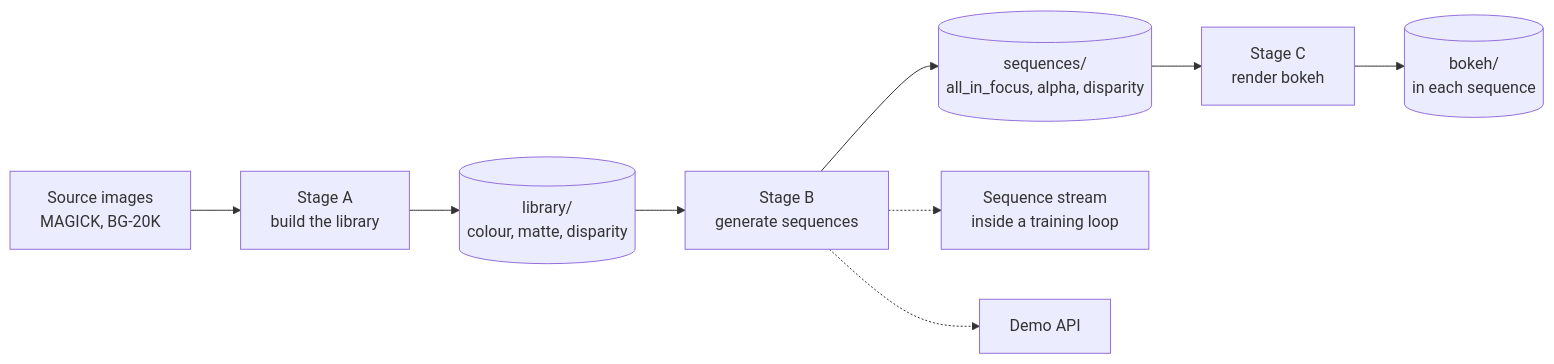
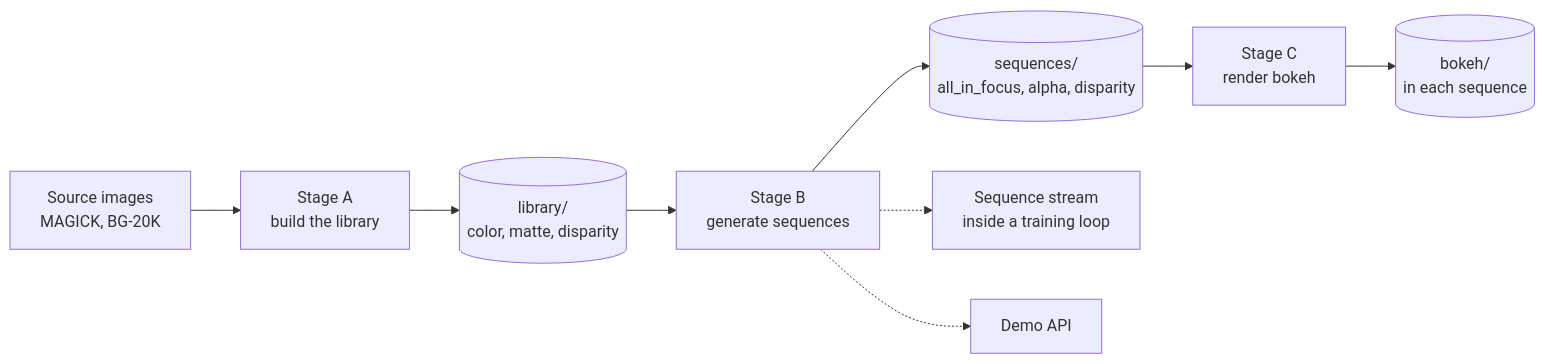
Before and after one commit to ViacheslavDanilov/video-bokeh: the diagram in docs/explanation/pipeline-explainer.md, drawn with Mermaid. The commit also changed other lines of this file and 64 other files, not shown here.

````diff
--- a/docs/explanation/pipeline-explainer.md
+++ b/docs/explanation/pipeline-explainer.md
@@ -28,11 +28,11 @@
 ```mermaid
 flowchart LR
   pools["Source images<br/>MAGICK, BG-20K"] --> A["Stage A<br/>build the library"]
-  A --> lib[("library/<br/>colour, matte, disparity")]
+  A --> lib[("library/<br/>color, matte, disparity")]
   lib --> B["Stage B<br/>generate sequences"]
   B --> seq[("sequences/<br/>all_in_focus, alpha, disparity")]
   seq --> C["Stage C<br/>render bokeh"]
   C --> bokeh[("bokeh/<br/>in each sequence")]
   B -.-> stream["Sequence stream<br/>inside a training loop"]
   B -.-> api["Demo API"]
 ```
````
